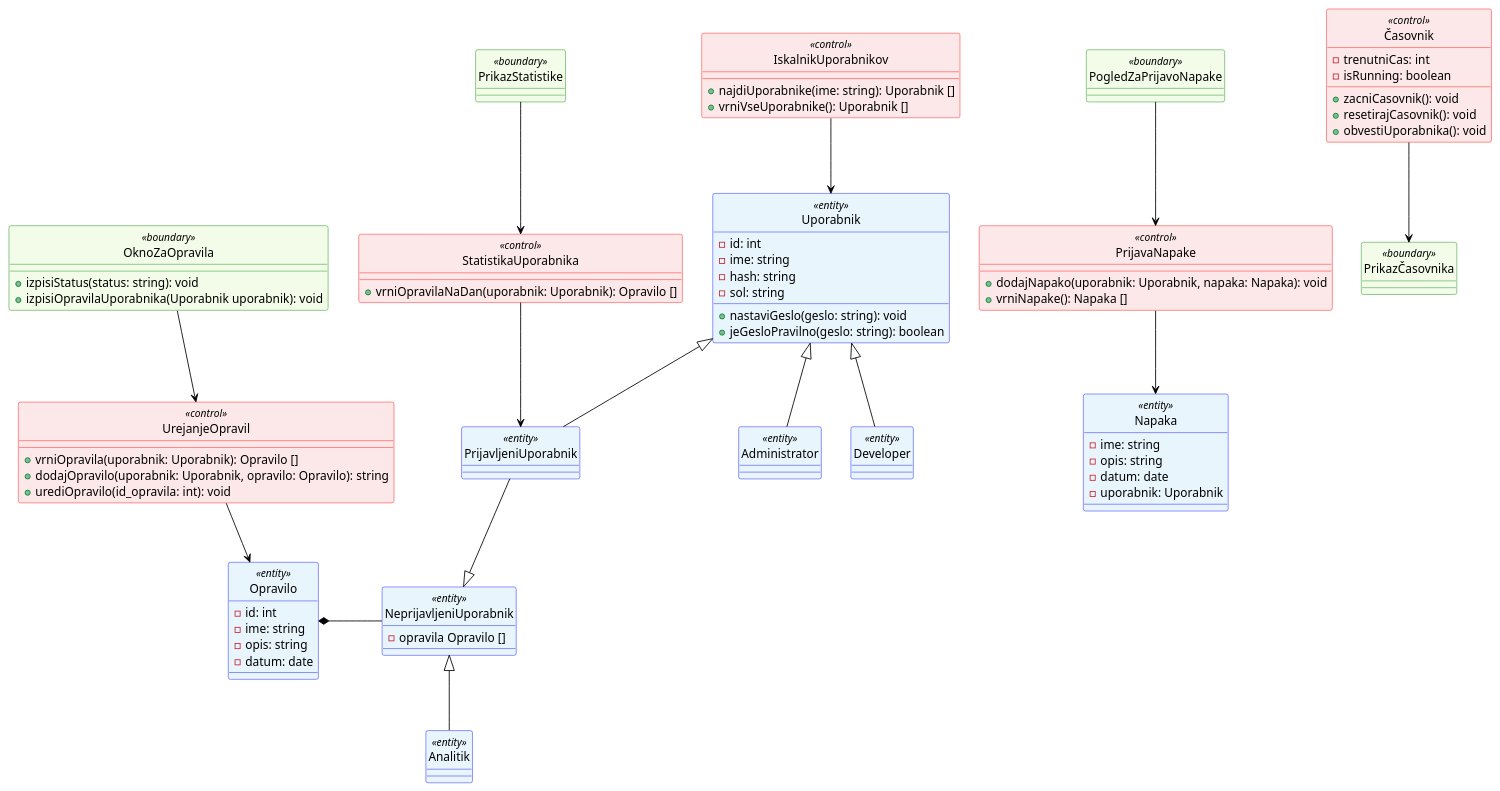
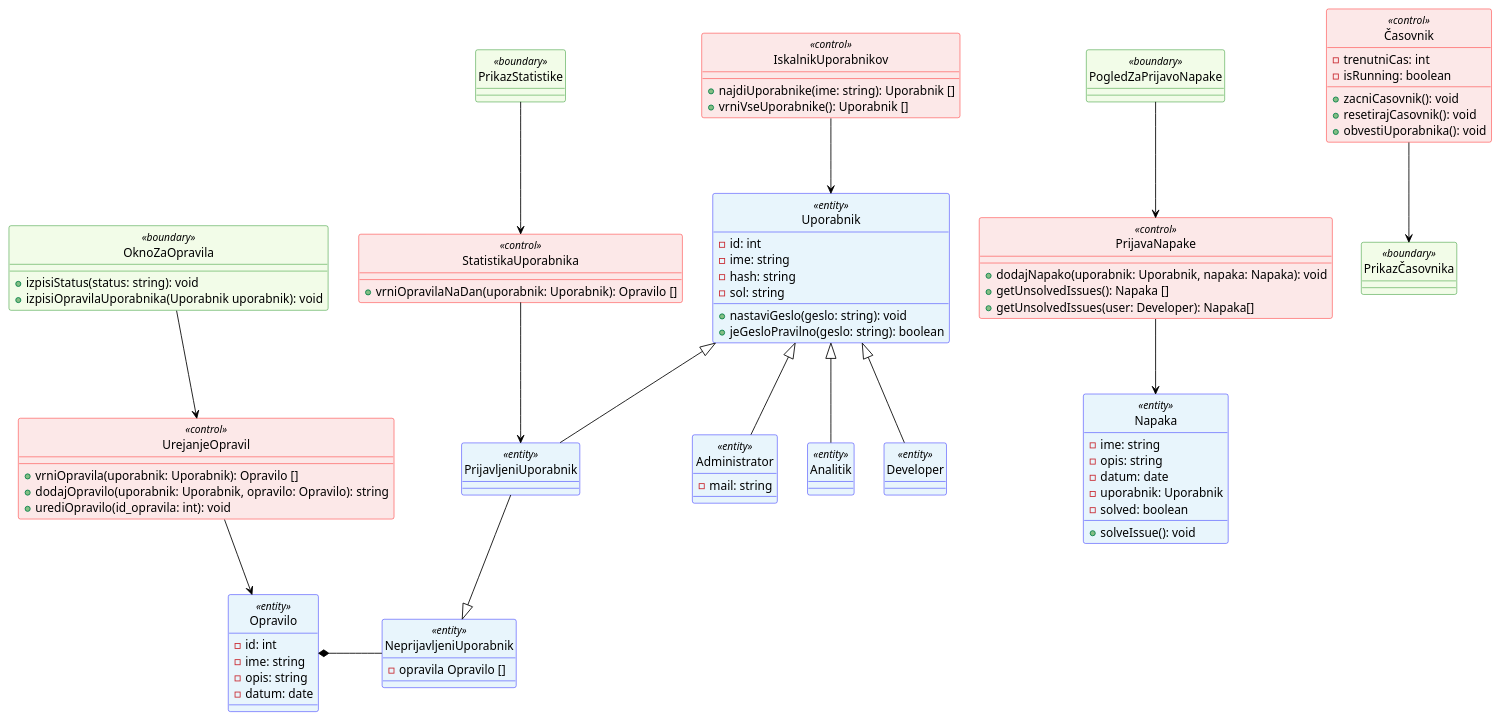
Before and after one commit to juremrzek/ProductivityApp: the diagram in docs/gradivo/plantuml/razredni_diagram.plantuml, drawn with PlantUML. The commit also changed other lines of this file, not shown here.

Commit message:
Added usability to user subclasses

```diff
--- a/docs/gradivo/plantuml/razredni_diagram.plantuml
+++ b/docs/gradivo/plantuml/razredni_diagram.plantuml
@@ -1,118 +1,121 @@
 @startuml Aplikacija produktivnosti in organizacije 
 skinparam class {
   backgroundColor white
   borderColor #5FB8EC
   arrowColor black
 }
 skinparam class<<entity>> {
   backgroundColor #e8f5fc
   borderColor Blue
 }
 skinparam class<<control>> {
   backgroundColor #fce8e8
   borderColor Red
 }
 skinparam class<<boundary>> {
   backgroundColor #f2fce8
   borderColor Green
 }
 
 'skinparam shadowing false
 skinparam defaultTextAlignment center
 hide circle
 'hide members
 
 '---------Razredi---------------------------
 ' Ali bo uporabnik imel atribut tip ali bomo imeli posebej
 ' razred za prijavljene/neprijavljene/developer uporabnike? idk
 Class NeprijavljeniUporabnik<<entity>> {
   -opravila Opravilo []
 }
 Class Uporabnik<<entity>> {
   -id: int
   -ime: string
   -hash: string
   -sol: string 
   +nastaviGeslo(geslo: string): void
   +jeGesloPravilno(geslo: string): boolean
 }
 Class PrijavljeniUporabnik<<entity>>{
 
 }
 Class Administrator<<entity>>{
-
+  -mail: string
 }
 Class Analitik<<entity>>{
 
 }
 Class Developer<<entity>>{
 
 }
 Class StatistikaUporabnika<<control>>{
   +vrniOpravilaNaDan(uporabnik: Uporabnik): Opravilo []
 }
 Class PrikazStatistike<<boundary>>{
 
 }
 Class Opravilo<<entity>>{
   -id: int
   -ime: string
   -opis: string
   -datum: date
 }
 class UrejanjeOpravil<<control>>{
   +vrniOpravila(uporabnik: Uporabnik): Opravilo []
   +dodajOpravilo(uporabnik: Uporabnik, opravilo: Opravilo): string
   +urediOpravilo(id_opravila: int): void
 }
 class OknoZaOpravila<<boundary>>{
   +izpisiStatus(status: string): void
   +izpisiOpravilaUporabnika(Uporabnik uporabnik): void
 }
 Class Napaka<<entity>>{
   -ime: string
   -opis: string
   -datum: date
   -uporabnik: Uporabnik
+  -solved: boolean
+  +solveIssue(): void
 }
 Class PrijavaNapake<<control>>{
   +dodajNapako(uporabnik: Uporabnik, napaka: Napaka): void
-  +vrniNapake(): Napaka []
+  +getUnsolvedIssues(): Napaka []
+  +getUnsolvedIssues(user: Developer): Napaka[]
 }
 Class PogledZaPrijavoNapake<<boundary>>
 
 Class IskalnikUporabnikov<<control>>{
   +najdiUporabnike(ime: string): Uporabnik []
   +vrniVseUporabnike(): Uporabnik []
 }
 
 ' obvestiUporabnika - ko čas poteče, naredi popup al whatever. (better name pls)
 ' also a rabmo dodatne atribute/funkcije za pavzo?
 Class Časovnik<<control>>{
   -trenutniCas: int
   -isRunning: boolean
   +zacniCasovnik(): void
   +resetirajCasovnik(): void
   +obvestiUporabnika(): void
 }
 Class PrikazČasovnika<<boundary>>{
   
 }
 
 
 '------Povezave-----------------------
 NeprijavljeniUporabnik -left-* Opravilo
 UrejanjeOpravil --> Opravilo
 OknoZaOpravila --> UrejanjeOpravil
 PrijavaNapake --> Napaka
 PogledZaPrijavoNapake --> PrijavaNapake
 IskalnikUporabnikov --> Uporabnik
 Časovnik --> PrikazČasovnika
 PrijavljeniUporabnik -up-|> Uporabnik
 PrijavljeniUporabnik --|> NeprijavljeniUporabnik
-Analitik -up-|> NeprijavljeniUporabnik
+Analitik -up-|> Uporabnik
 Administrator -up-|> Uporabnik
 Developer -up-|> Uporabnik
 StatistikaUporabnika --> PrijavljeniUporabnik
 PrikazStatistike --> StatistikaUporabnika
 @enduml
```
